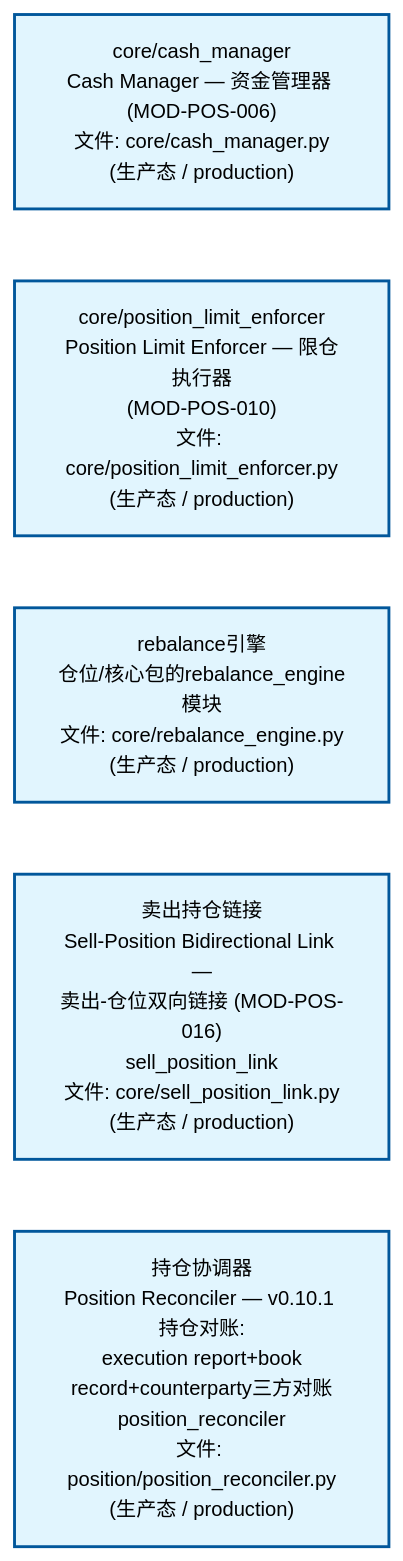
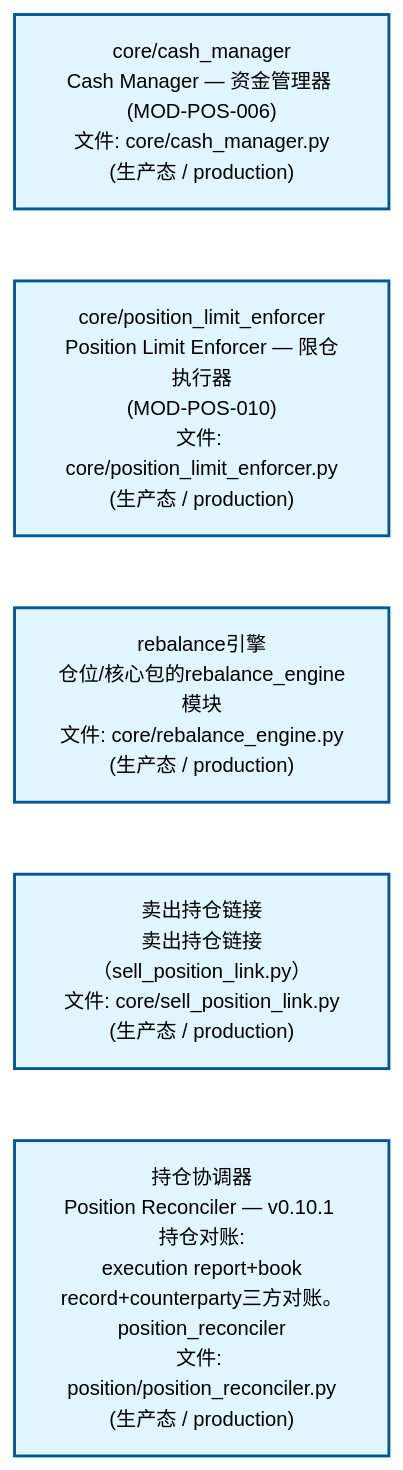
One commit to xuanFelixVan/ZephyrAlpha changed the second of 4 diagrams in docs/02_enterprise_architecture/02_domain_architecture_docs/64_d_position.md. Above: the diagram before and after it, drawn with Mermaid. The commit also changed other lines of this file and 58 other files, not shown here.

````diff
--- a/docs/02_enterprise_architecture/02_domain_architecture_docs/64_d_position.md
+++ b/docs/02_enterprise_architecture/02_domain_architecture_docs/64_d_position.md
@@ -107,18 +109,18 @@
 ```mermaid
 %%{init: {'theme': 'base', 'themeVariables': {'primaryColor': '#eaeaea', 'primaryTextColor': '#333333', 'primaryBorderColor': '#666666', 'lineColor': '#666666', 'secondaryColor': '#eaeaea', 'tertiaryColor': '#eaeaea', 'fontSize': '14px'}}}%%
 flowchart TD
     src_zephyr_position_core_cash_manager_py["core/cash_manager<br/>Cash Manager — 资金管理器 (MOD-POS-006)<br/>文件: core/cash_manager.py<br/>(生产态 / production)"]
     src_zephyr_position_core_position_limit_enforcer_py["core/position_limit_enforcer<br/>Position Limit Enforcer — 限仓执行器<br/>(MOD-POS-010)<br/>文件: core/position_limit_enforcer.py<br/>(生产态 / production)"]
     src_zephyr_position_core_rebalance_engine_py["rebalance引擎<br/>仓位/核心包的rebalance_engine模块<br/>文件: core/rebalance_engine.py<br/>(生产态 / production)"]
-    src_zephyr_position_core_sell_position_link_py["卖出持仓链接<br/>Sell-Position Bidirectional Link —<br/>卖出-仓位双向链接 (MOD-POS-016)<br/>sell_position_link<br/>文件: core/sell_position_link.py<br/>(生产态 / production)"]
-    src_zephyr_position_position_reconciler_py["持仓协调器<br/>Position Reconciler — v0.10.1 持仓对账:<br/>execution report+book<br/>record+counterparty三方对账<br/>position_reconciler<br/>文件: position/position_reconciler.py<br/>(生产态 / production)"]
+    src_zephyr_position_core_sell_position_link_py["卖出持仓链接<br/>卖出持仓链接（sell_position_link.py）<br/>文件: core/sell_position_link.py<br/>(生产态 / production)"]
+    src_zephyr_position_position_reconciler_py["持仓协调器<br/>Position Reconciler — v0.10.1 持仓对账:<br/>execution report+book<br/>record+counterparty三方对账。<br/>position_reconciler<br/>文件: position/position_reconciler.py<br/>(生产态 / production)"]
     src_zephyr_position_core_cash_manager_py ~~~ src_zephyr_position_core_position_limit_enforcer_py
     src_zephyr_position_core_position_limit_enforcer_py ~~~ src_zephyr_position_core_rebalance_engine_py
     src_zephyr_position_core_rebalance_engine_py ~~~ src_zephyr_position_core_sell_position_link_py
     src_zephyr_position_core_sell_position_link_py ~~~ src_zephyr_position_position_reconciler_py
     classDef production fill:#e1f5fe,stroke:#01579b,stroke-width:2px,color:#000
     classDef design fill:#fff3e0,stroke:#e65100,stroke-width:2px,color:#000,stroke-dasharray: 5 5
     classDef external_prod fill:#e8f4fd,stroke:#0277bd,stroke-width:1px,color:#000
     classDef external_design fill:#fff8e7,stroke:#ef6c00,stroke-width:1px,color:#000,stroke-dasharray: 5 5
     class src_zephyr_position_core_cash_manager_py,src_zephyr_position_core_position_limit_enforcer_py,src_zephyr_position_core_rebalance_engine_py,src_zephyr_position_core_sell_position_link_py,src_zephyr_position_position_reconciler_py production
 ```
````
